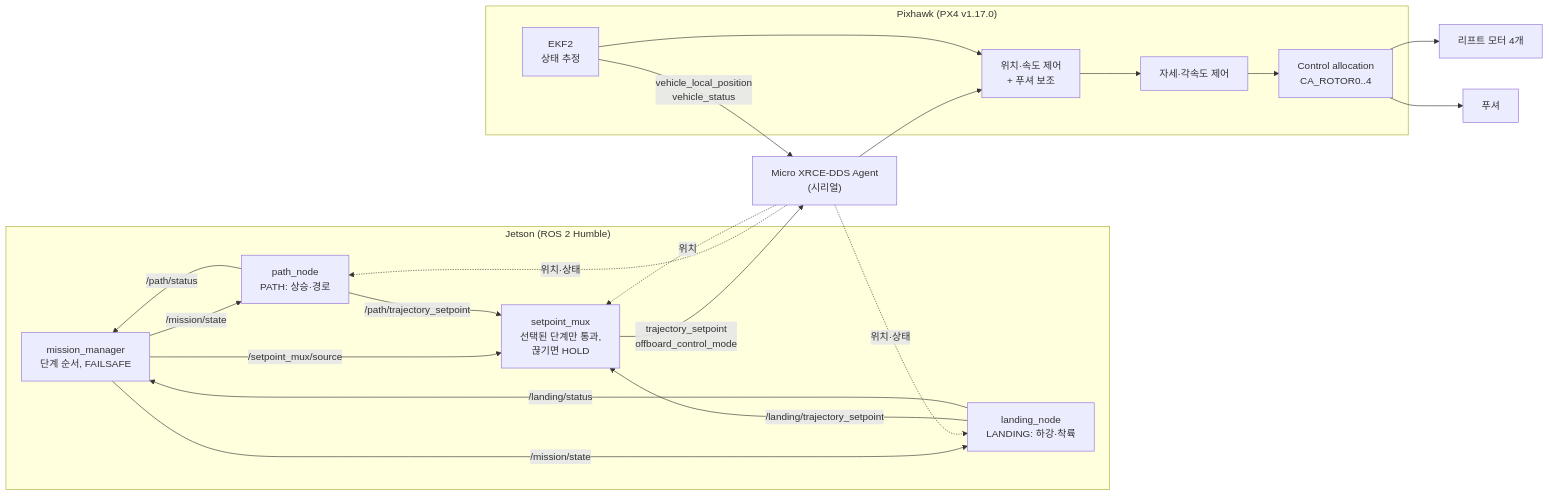
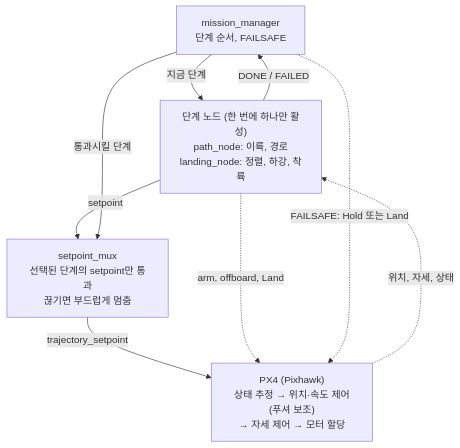
The third of 6 diagrams in docs/00_architecture.md (postech-psi/Aircraft-VTOL), drawn with Mermaid before and after one commit. The commit also changed other lines of this file and 4 other files, not shown here.

First line of the commit message:
Draw the architecture plainly and explain the route planner

````diff
--- a/docs/00_architecture.md
+++ b/docs/00_architecture.md
@@ -112,40 +77,16 @@
 ```mermaid
-flowchart LR
-    subgraph JETSON["Jetson (ROS 2 Humble)"]
-        MM["mission_manager<br/>단계 순서, FAILSAFE"]
-        PN["path_node<br/>PATH: 상승·경로"]
-        LN["landing_node<br/>LANDING: 하강·착륙"]
-        MUX["setpoint_mux<br/>선택된 단계만 통과,<br/>끊기면 HOLD"]
-    end
+flowchart TB
+    MM["mission_manager<br/>단계 순서, FAILSAFE"]
+    STEP["단계 노드 (한 번에 하나만 활성)<br/>path_node: 이륙, 경로<br/>landing_node: 정렬, 하강, 착륙"]
+    MUX["setpoint_mux<br/>선택된 단계의 setpoint만 통과<br/>끊기면 부드럽게 멈춤"]
+    PX4["PX4 (Pixhawk)<br/>상태 추정 → 위치·속도 제어(푸셔 보조)<br/>→ 자세 제어 → 모터 할당"]
 
-    AG["Micro XRCE-DDS Agent<br/>(시리얼)"]
-
-    subgraph PIXHAWK["Pixhawk (PX4 v1.17.0)"]
-        EKF["EKF2<br/>상태 추정"]
-        POS["위치·속도 제어<br/>+ 푸셔 보조"]
-        ATT["자세·각속도 제어"]
-        ALLOC["Control allocation<br/>CA_ROTOR0..4"]
-    end
-
-    L["리프트 모터 4개"]
-    PU["푸셔"]
-
-    MM -- "/mission/state" --> PN
-    MM -- "/mission/state" --> LN
-    MM -- "/setpoint_mux/source" --> MUX
-    PN -- "/path/trajectory_setpoint" --> MUX
-    LN -- "/landing/trajectory_setpoint" --> MUX
-    PN -- "/path/status" --> MM
-    LN -- "/landing/status" --> MM
-    MUX -- "trajectory_setpoint<br/>offboard_control_mode" --> AG
-    AG --> POS
-    EKF -- "vehicle_local_position<br/>vehicle_status" --> AG
-    AG -. "위치·상태" .-> PN
-    AG -. "위치·상태" .-> LN
-    AG -. "위치" .-> MUX
-    EKF --> POS
-    POS --> ATT
-    ATT --> ALLOC
-    ALLOC --> L
-    ALLOC --> PU
+    MM -- "지금 단계" --> STEP
+    STEP -- "DONE / FAILED" --> MM
+    STEP -- "setpoint" --> MUX
+    MM -- "통과시킬 단계" --> MUX
+    MUX -- "trajectory_setpoint" --> PX4
+    STEP -. "arm, offboard, Land" .-> PX4
+    MM -. "FAILSAFE: Hold 또는 Land" .-> PX4
+    PX4 -. "위치, 자세, 상태" .-> STEP
 ```
````
